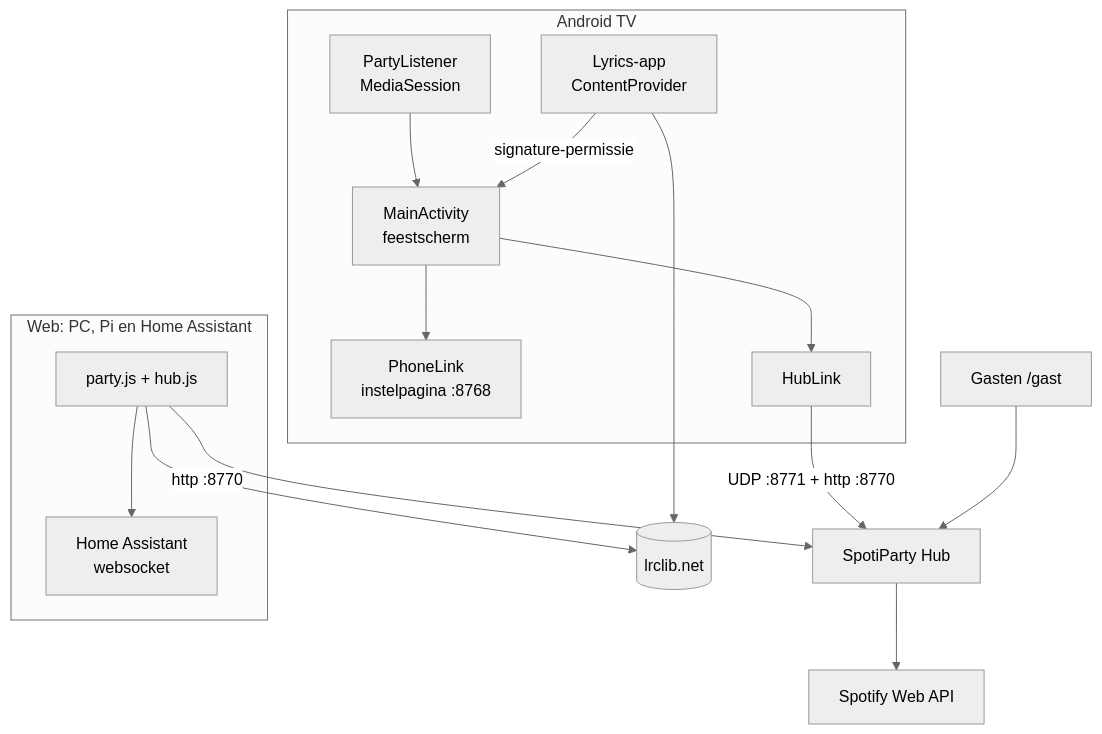
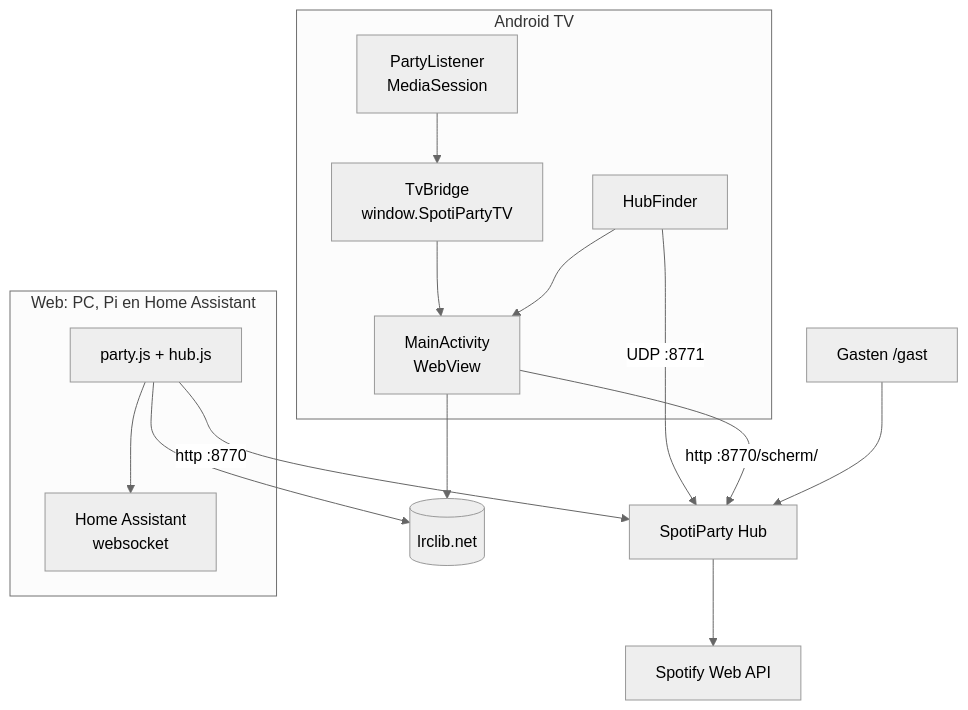
One commit to CodeAura/SpotiParty changed the diagram in docs/ontwikkelaars/projectstructuur.md. Above: the diagram before and after it, drawn with Mermaid (neutral theme). The commit also changed other lines of this file and 43 other files, not shown here.

````diff
--- a/docs/ontwikkelaars/projectstructuur.md
+++ b/docs/ontwikkelaars/projectstructuur.md
@@ -45,18 +47,18 @@
 ```mermaid
 flowchart TB
     subgraph TV[Android TV]
-        PL[PartyListener<br/>MediaSession] --> MA[MainActivity<br/>feestscherm]
-        LY[Lyrics-app<br/>ContentProvider] -->|signature-permissie| MA
-        MA --> PH[PhoneLink<br/>instelpagina :8768]
-        MA --> HL[HubLink]
+        PL[PartyListener<br/>MediaSession] --> TB[TvBridge<br/>window.SpotiPartyTV]
+        TB --> WV[MainActivity<br/>WebView]
+        HF[HubFinder] --> WV
     end
-    HL -->|UDP :8771 + http :8770| HUB[SpotiParty Hub]
+    HF -->|UDP :8771| HUB[SpotiParty Hub]
+    WV -->|http :8770/scherm/| HUB
     PJ -->|http :8770| HUB
     subgraph WEB[Web: PC, Pi en Home Assistant]
         PJ[party.js + hub.js] --> HAWS[Home Assistant<br/>websocket]
     end
     HUB --> SPAPI[Spotify Web API]
     G[Gasten /gast] --> HUB
-    LY --> LR[(lrclib.net)]
-    PJ --> LR
+    PJ --> LR[(lrclib.net)]
+    WV --> LR
 ```
````
